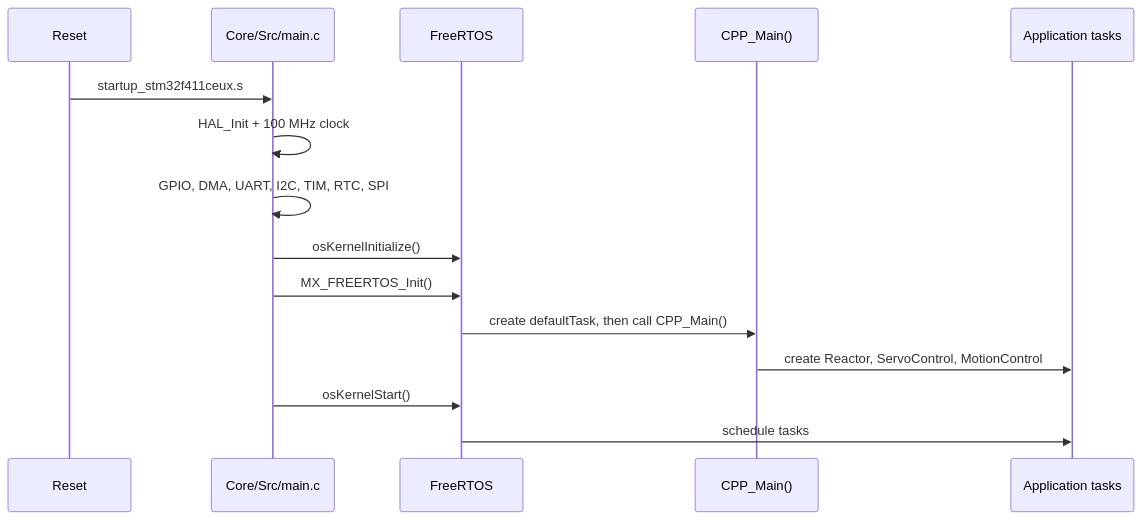
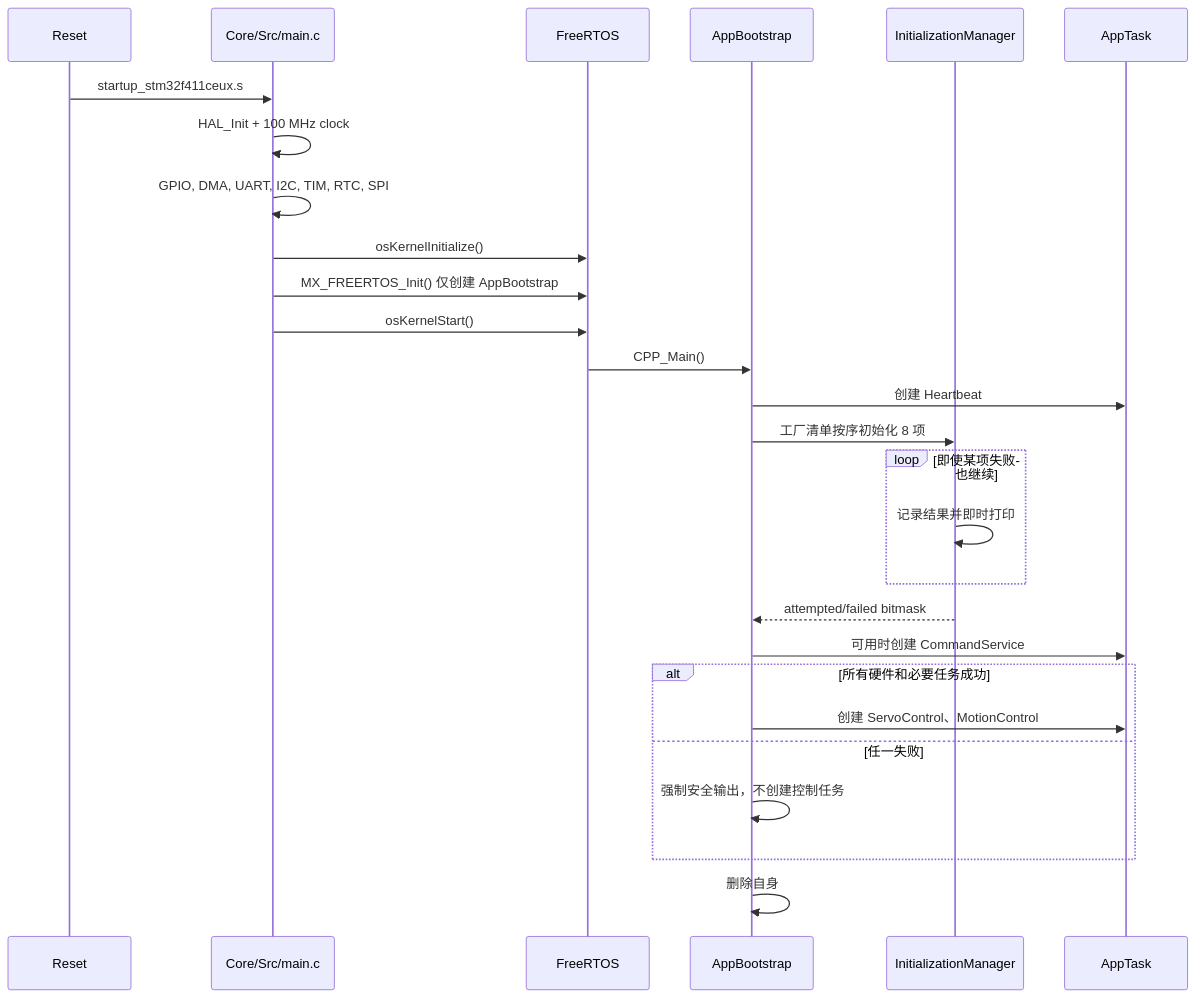
Before and after one commit to lk888l/wheeled-legged_Robot-WL1: the second of 2 diagrams in car_firmware/docs/architecture.md, drawn with Mermaid. The commit also changed other lines of this file and 38 other files, not shown here.

````diff
--- a/car_firmware/docs/architecture.md
+++ b/car_firmware/docs/architecture.md
@@ -32,18 +40,30 @@
 ```mermaid
 sequenceDiagram
     participant Reset as Reset
     participant C as Core/Src/main.c
     participant RTOS as FreeRTOS
-    participant CPP as CPP_Main()
-    participant Tasks as Application tasks
+    participant Boot as AppBootstrap
+    participant Init as InitializationManager
+    participant Tasks as AppTask
 
     Reset->>C: startup_stm32f411ceux.s
     C->>C: HAL_Init + 100 MHz clock
     C->>C: GPIO, DMA, UART, I2C, TIM, RTC, SPI
     C->>RTOS: osKernelInitialize()
-    C->>RTOS: MX_FREERTOS_Init()
-    RTOS->>CPP: create defaultTask, then call CPP_Main()
-    CPP->>Tasks: create Reactor, ServoControl, MotionControl
+    C->>RTOS: MX_FREERTOS_Init() 仅创建 AppBootstrap
     C->>RTOS: osKernelStart()
-    RTOS->>Tasks: schedule tasks
+    RTOS->>Boot: CPP_Main()
+    Boot->>Tasks: 创建 Heartbeat
+    Boot->>Init: 工厂清单按序初始化 8 项
+    loop 即使某项失败也继续
+        Init->>Init: 记录结果并即时打印
+    end
+    Init-->>Boot: attempted/failed bitmask
+    Boot->>Tasks: 可用时创建 CommandService
+    alt 所有硬件和必要任务成功
+        Boot->>Tasks: 创建 ServoControl、MotionControl
+    else 任一失败
+        Boot->>Boot: 强制安全输出，不创建控制任务
+    end
+    Boot->>Boot: 删除自身
 ```
````
